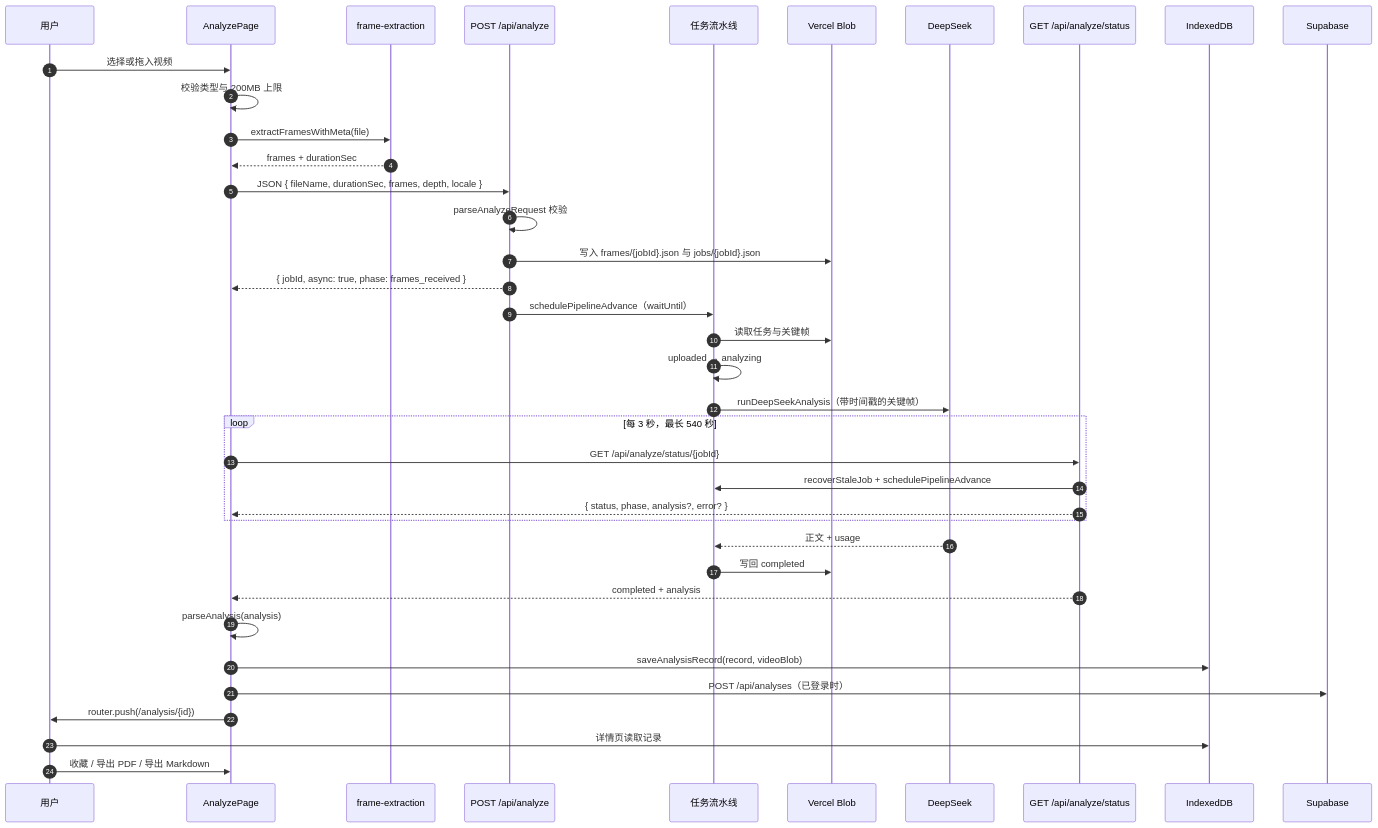
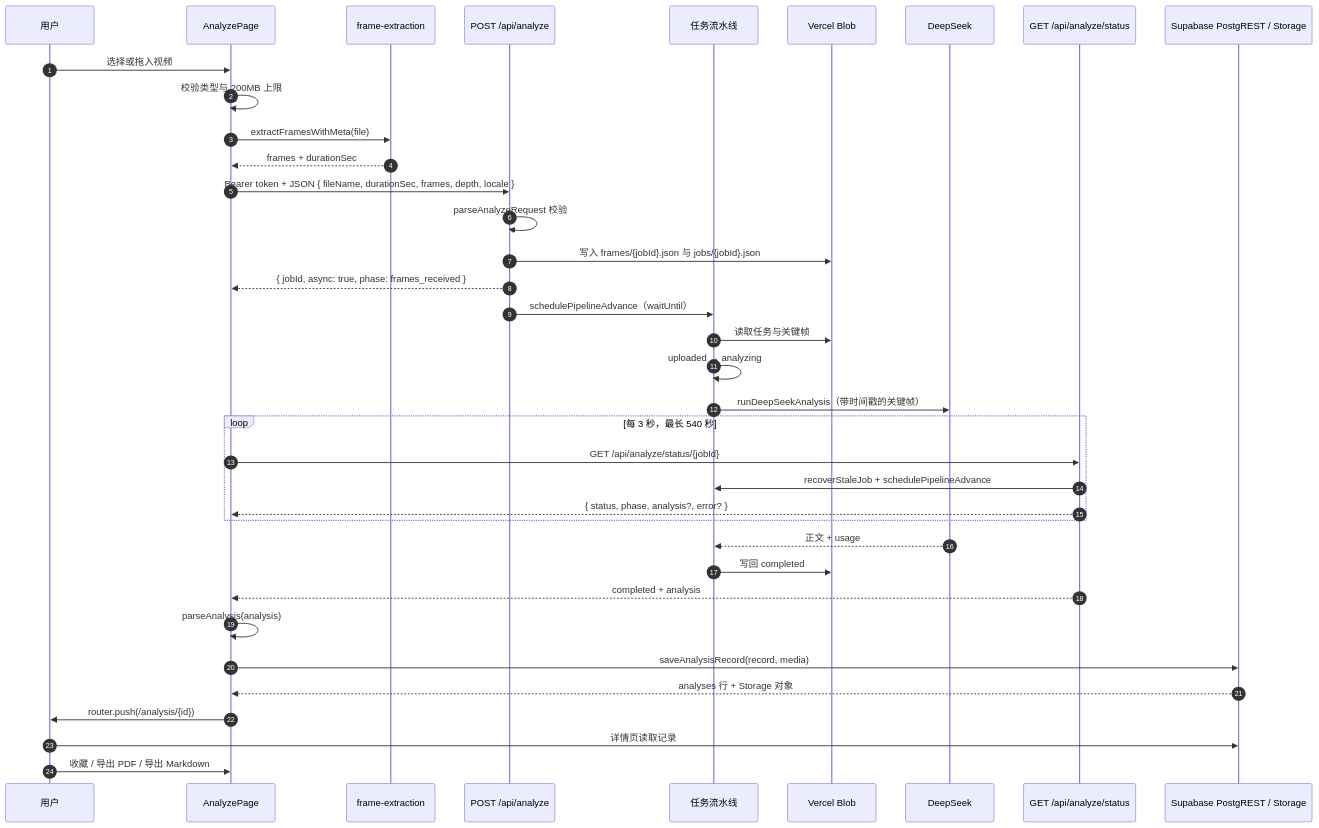
One commit to limeisha060331-creator/bouldering-ai-coach changed the second of 6 diagrams in PROJECT_ARCHITECTURE.md. Above: the diagram before and after it, drawn with Mermaid. The commit also changed other lines of this file and 38 other files, not shown here.

Commit message:
feat(auth): migrate web app to Supabase Auth, RLS and Storage

````diff
--- a/PROJECT_ARCHITECTURE.md
+++ b/PROJECT_ARCHITECTURE.md
@@ -485,44 +486,43 @@
 ```mermaid
 sequenceDiagram
     autonumber
     participant U as 用户
     participant P as AnalyzePage
     participant F as frame-extraction
     participant A as POST /api/analyze
     participant J as 任务流水线
     participant B as Vercel Blob
     participant D as DeepSeek
     participant S as GET /api/analyze/status
-    participant I as IndexedDB
-    participant C as Supabase
+    participant I as Supabase PostgREST / Storage
 
     U->>P: 选择或拖入视频
     P->>P: 校验类型与 200MB 上限
     P->>F: extractFramesWithMeta(file)
     F-->>P: frames + durationSec
-    P->>A: JSON { fileName, durationSec, frames, depth, locale }
+    P->>A: Bearer token + JSON { fileName, durationSec, frames, depth, locale }
     A->>A: parseAnalyzeRequest 校验
     A->>B: 写入 frames/{jobId}.json 与 jobs/{jobId}.json
     A-->>P: { jobId, async: true, phase: frames_received }
     A->>J: schedulePipelineAdvance（waitUntil）
 
     J->>B: 读取任务与关键帧
     J->>J: uploaded → analyzing
     J->>D: runDeepSeekAnalysis（带时间戳的关键帧）
 
     loop 每 3 秒，最长 540 秒
         P->>S: GET /api/analyze/status/{jobId}
         S->>J: recoverStaleJob + schedulePipelineAdvance
         S-->>P: { status, phase, analysis?, error? }
     end
 
     D-->>J: 正文 + usage
     J->>B: 写回 completed
     S-->>P: completed + analysis
     P->>P: parseAnalysis(analysis)
-    P->>I: saveAnalysisRecord(record, videoBlob)
-    P->>C: POST /api/analyses（已登录时）
+    P->>I: saveAnalysisRecord(record, media)
+    I-->>P: analyses 行 + Storage 对象
     P->>U: router.push(/analysis/{id})
     U->>I: 详情页读取记录
     U->>P: 收藏 / 导出 PDF / 导出 Markdown
 ```
````
